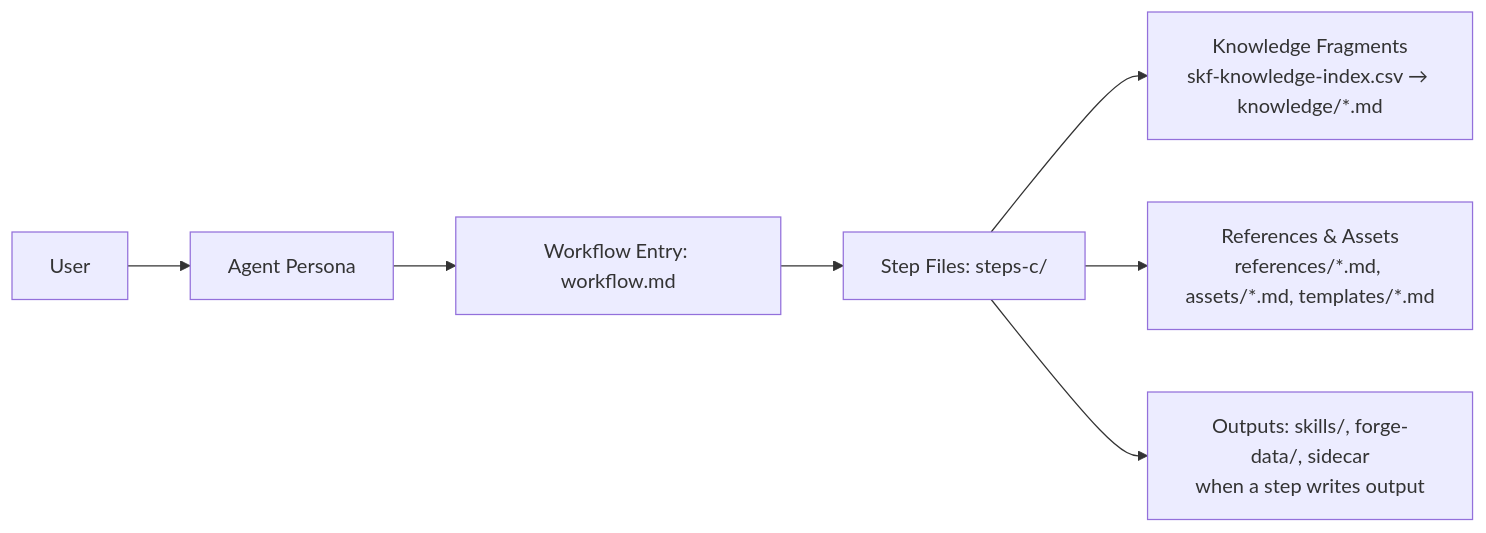
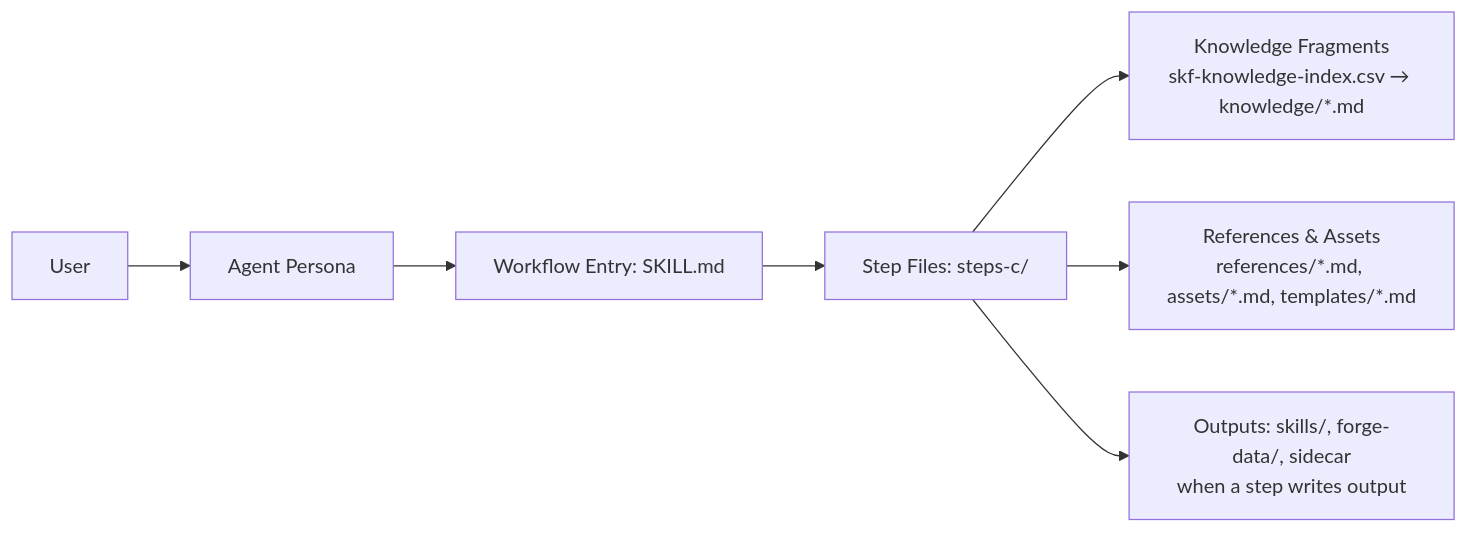
The diagram in docs/how-it-works.md (SGuibord/bmad-module-skill-forge), drawn with Mermaid before and after one commit. The commit also changed other lines of this file and 157 other files, not shown here.

````diff
--- a/docs/how-it-works.md
+++ b/docs/how-it-works.md
@@ -46,9 +46,9 @@
 ```mermaid
 flowchart LR
   U[User] --> A[Agent Persona]
-  A --> W[Workflow Entry: workflow.md]
+  A --> W[Workflow Entry: SKILL.md]
   W --> S[Step Files: steps-c/]
   S --> K[Knowledge Fragments<br/>skf-knowledge-index.csv → knowledge/*.md]
   S --> D[References & Assets<br/>references/*.md, assets/*.md, templates/*.md]
   S --> O[Outputs: skills/, forge-data/, sidecar<br/>when a step writes output]
 ```
````
